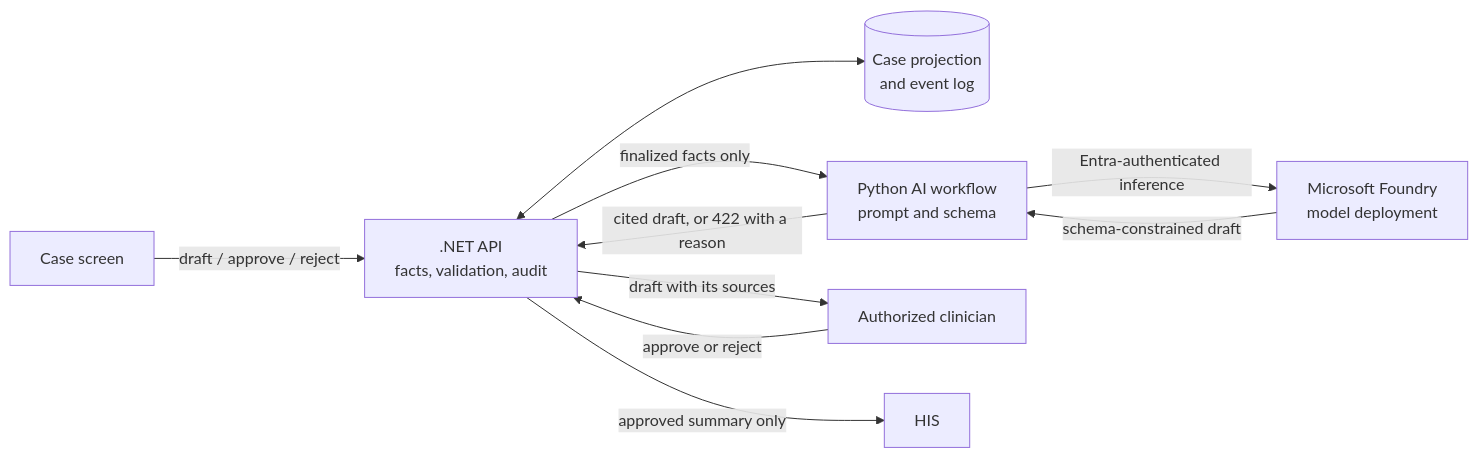
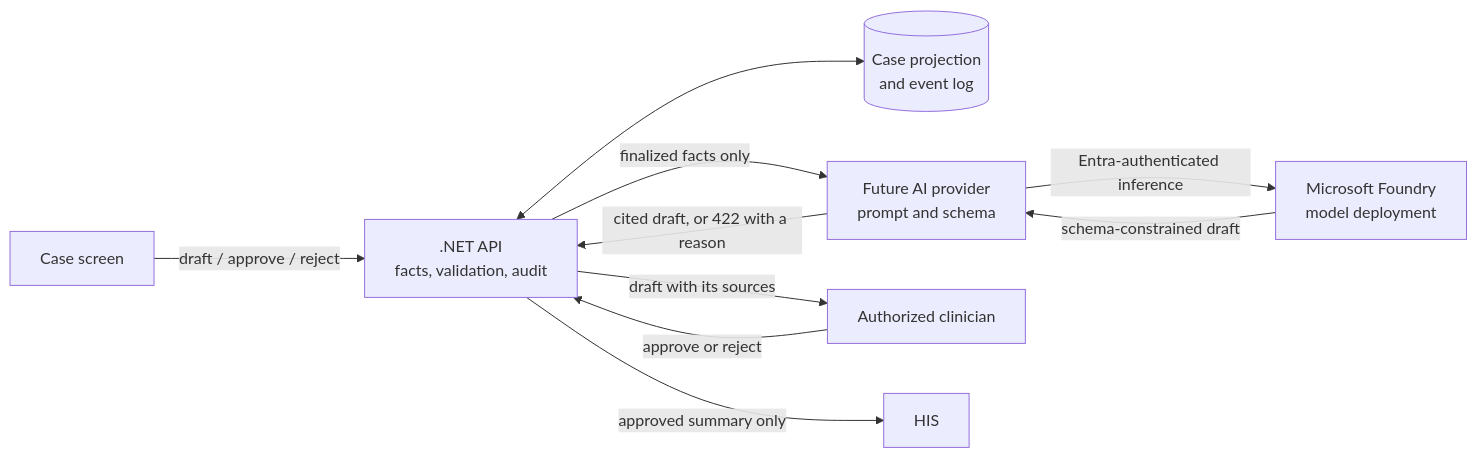
The first of 2 diagrams in docs/ai-design/integration.md (savannah-pulse/care-loop), drawn with Mermaid before and after one commit. The commit also changed other lines of this file and 50 other files, not shown here.

Commit message:
Remove Python AI workflow service

````diff
--- a/docs/ai-design/integration.md
+++ b/docs/ai-design/integration.md
@@ -32,20 +34,20 @@
 ```mermaid
 flowchart LR
     SCREEN[Case screen]
     API[".NET API<br/>facts, validation, audit"]
     STORE[(Case projection<br/>and event log)]
-    PY["Python AI workflow<br/>prompt and schema"]
+    PY["Future AI provider<br/>prompt and schema"]
     FOUNDRY["Microsoft Foundry<br/>model deployment"]
     REVIEWER[Authorized clinician]
     HIS[HIS]
 
     SCREEN -->|draft / approve / reject| API
     API <--> STORE
     API -->|finalized facts only| PY
     PY -->|Entra-authenticated inference| FOUNDRY
     FOUNDRY -->|schema-constrained draft| PY
     PY -->|cited draft, or 422 with a reason| API
     API -->|draft with its sources| REVIEWER
     REVIEWER -->|approve or reject| API
     API -->|approved summary only| HIS
 ```
````
